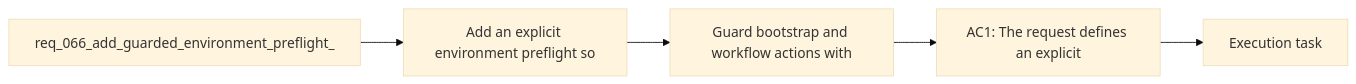
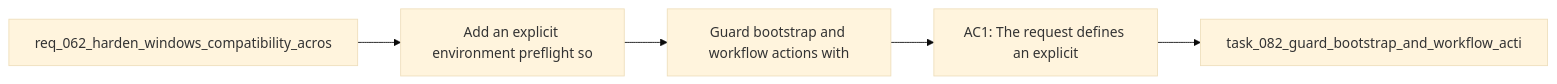
The diagram in logics/backlog/item_088_guard_bootstrap_and_workflow_actions_with_prerequisite_aware_recovery_messaging.md (AlexAgo83/logics-manager), drawn with Mermaid (base theme) before and after one commit. The commit also changed 481 other files, not shown here.

````diff
--- a/logics/backlog/item_088_guard_bootstrap_and_workflow_actions_with_prerequisite_aware_recovery_messaging.md
+++ b/logics/backlog/item_088_guard_bootstrap_and_workflow_actions_with_prerequisite_aware_recovery_messaging.md
@@ -23,9 +23,9 @@
 ```mermaid
 %% logics-kind: backlog
 %% logics-signature: backlog|guard-bootstrap-and-workflow-actions-wit|req-062-harden-windows-compatibility-acr|add-an-explicit-environment-preflight-so|ac1-the-request-defines-an-explicit
 flowchart LR
-    Request[req_066_add_guarded_environment_preflight_] --> Problem[Add an explicit environment preflight so]
+    Request[req_062_harden_windows_compatibility_acros] --> Problem[Add an explicit environment preflight so]
     Problem --> Scope[Guard bootstrap and workflow actions with]
     Scope --> Acceptance[AC1: The request defines an explicit]
-    Acceptance --> Tasks[Execution task]
+    Acceptance --> Tasks[task_082_guard_bootstrap_and_workflow_acti]
 ```
````
